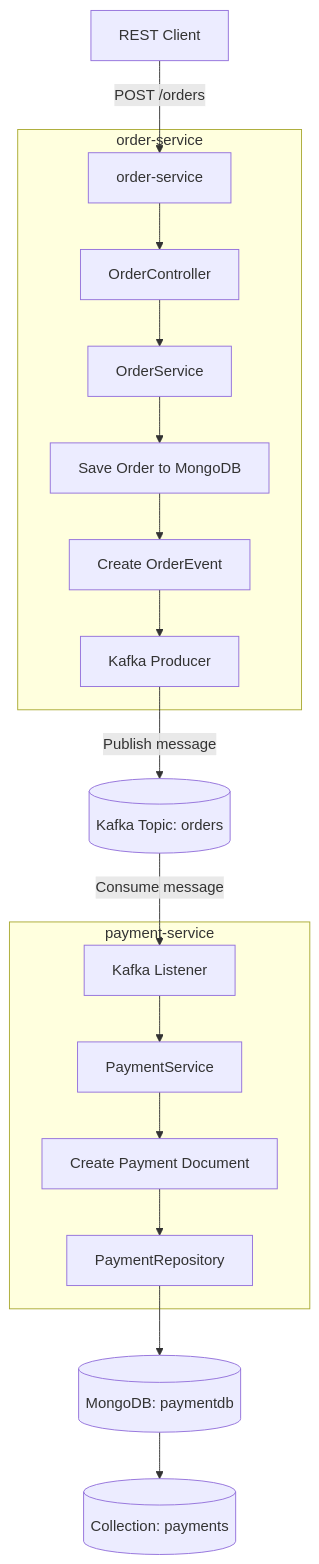
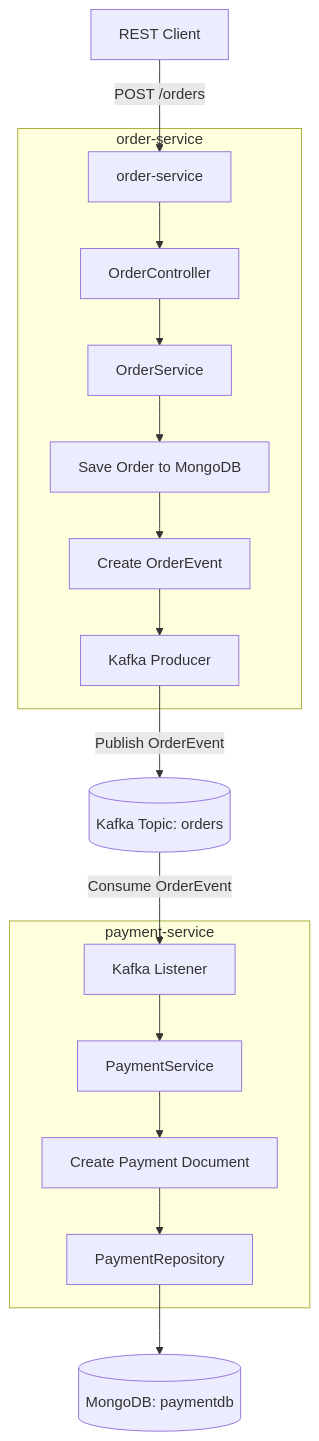
Before and after one commit to IgorArtSoft/microservices-infrastructure: the diagram in README.md, drawn with Mermaid. The commit also changed other lines of this file, not shown here.

````diff
--- a/README.md
+++ b/README.md
@@ -216,25 +190,24 @@
 ```mermaid
 flowchart TD
     A[REST Client] -->|POST /orders| B[order-service]
 
     subgraph ORDER_SERVICE[order-service]
         B --> C[OrderController]
         C --> D[OrderService]
         D --> E[Save Order to MongoDB]
         E --> F[Create OrderEvent]
         F --> G[Kafka Producer]
     end
 
-    G -->|Publish message| H[(Kafka Topic: orders)]
+    G -->|Publish OrderEvent| H[(Kafka Topic: orders)]
 
-    H -->|Consume message| I[Kafka Listener]
+    H -->|Consume OrderEvent| I[Kafka Listener]
 
     subgraph PAYMENT_SERVICE[payment-service]
         I --> J[PaymentService]
         J --> K[Create Payment Document]
         K --> L[PaymentRepository]
     end
 
     L --> M[(MongoDB: paymentdb)]
-    M --> N[(Collection: payments)]
 ```
````
